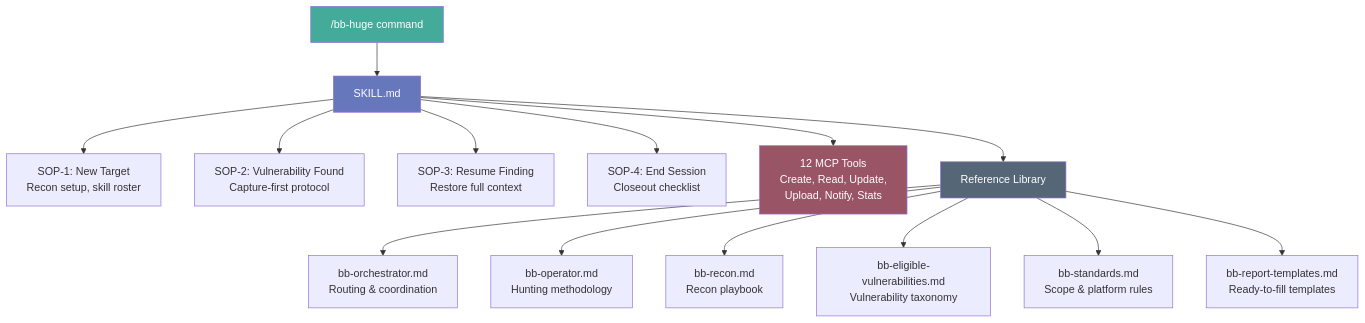
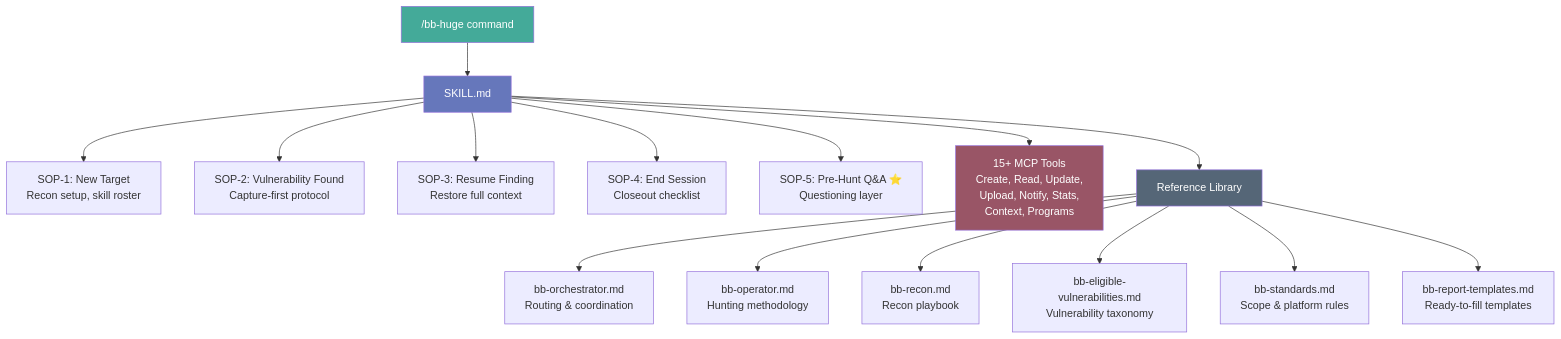
Before and after one commit to ShulkwiSEC/bb-huge: the first of 2 diagrams in README.md, drawn with Mermaid. The commit also changed other lines of this file and 22 other files, not shown here.

Commit message:
feat: sidebar layout, dashboard redesign, TargetContext/SOP-5, theory quiz, and full codebase formatting

````diff
--- a/README.md
+++ b/README.md
@@ -72,21 +74,22 @@
 ```mermaid
 graph TB
     C["/bb-huge command"] --> SKILL[SKILL.md]
     SKILL --> SOP1["SOP-1: New Target<br/>Recon setup, skill roster"]
     SKILL --> SOP2["SOP-2: Vulnerability Found<br/>Capture-first protocol"]
     SKILL --> SOP3["SOP-3: Resume Finding<br/>Restore full context"]
     SKILL --> SOP4["SOP-4: End Session<br/>Closeout checklist"]
-    SKILL --> MCP["12 MCP Tools<br/>Create, Read, Update,<br/>Upload, Notify, Stats"]
+    SKILL --> SOP5["SOP-5: Pre-Hunt Q&A ⭐<br/>Questioning layer"]
+    SKILL --> MCP["15+ MCP Tools<br/>Create, Read, Update,<br/>Upload, Notify, Stats,<br/>Context, Programs"]
     SKILL --> REFS["Reference Library"]
     REFS --> ORCH[bb-orchestrator.md<br/>Routing & coordination]
     REFS --> OP[bb-operator.md<br/>Hunting methodology]
     REFS --> RECON[bb-recon.md<br/>Recon playbook]
     REFS --> VULNS[bb-eligible-vulnerabilities.md<br/>Vulnerability taxonomy]
     REFS --> STD[bb-standards.md<br/>Scope & platform rules]
     REFS --> TEMPLATES[bb-report-templates.md<br/>Ready-to-fill templates]
 
     style C fill:#4a9,color:#fff
     style SKILL fill:#67b,color:#fff
     style MCP fill:#956,color:#fff
     style REFS fill:#567,color:#fff
 ```
````
